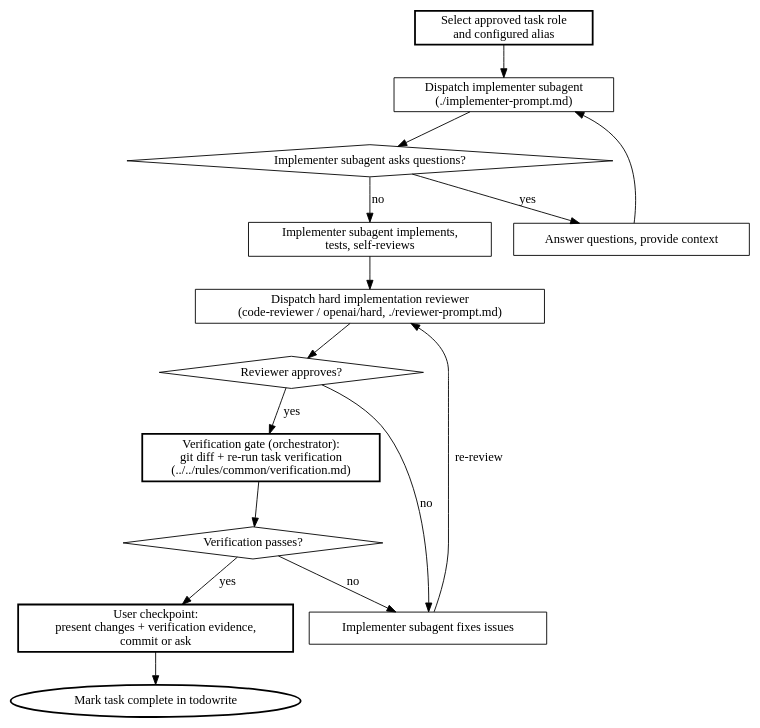
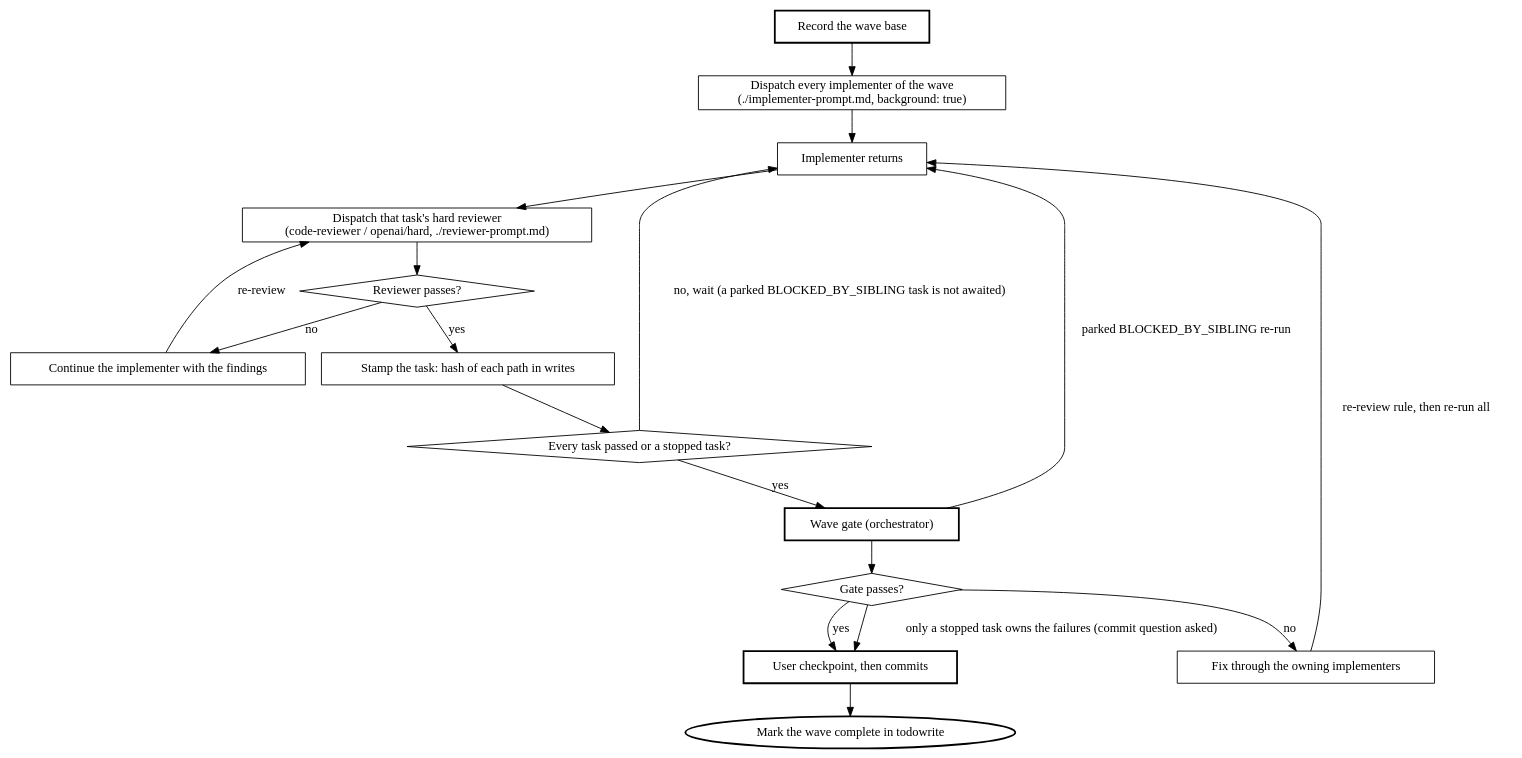
The diagram in .opencode/skills/subagent-driven-development/SKILL.md (jmrona/.dot), drawn with Graphviz before and after one commit. The commit also changed other lines of this file and 9 other files, not shown here.

First line of the commit message:
feat(opencode): run independent implementation tasks in parallel waves

````diff
--- a/.opencode/skills/subagent-driven-development/SKILL.md
+++ b/.opencode/skills/subagent-driven-development/SKILL.md
@@ -94,33 +115,37 @@
 ```dot
-digraph per_task_pipeline {
+digraph per_wave_pipeline {
     rankdir=TB;
 
-    "Select approved task role\nand configured alias" [shape=box, style=bold];
-    "Dispatch implementer subagent\n(./implementer-prompt.md)" [shape=box];
-    "Implementer subagent asks questions?" [shape=diamond];
-    "Answer questions, provide context" [shape=box];
-    "Implementer subagent implements,\ntests, self-reviews" [shape=box];
-    "Dispatch hard implementation reviewer\n(code-reviewer / openai/hard, ./reviewer-prompt.md)" [shape=box];
-    "Reviewer approves?" [shape=diamond];
-    "Implementer subagent fixes issues" [shape=box];
-    "Verification gate (orchestrator):\ngit diff + re-run task verification\n(../../rules/common/verification.md)" [shape=box, style=bold];
-    "Verification passes?" [shape=diamond];
-    "User checkpoint:\npresent changes + verification evidence,\ncommit or ask" [shape=box, style=bold];
-    "Mark task complete in todowrite" [style=bold];
+    "Record the wave base" [shape=box, style=bold];
+    "Dispatch every implementer of the wave\n(./implementer-prompt.md, background: true)" [shape=box];
+    "Implementer returns" [shape=box];
+    "Dispatch that task's hard reviewer\n(code-reviewer / openai/hard, ./reviewer-prompt.md)" [shape=box];
+    "Reviewer passes?" [shape=diamond];
+    "Continue the implementer with the findings" [shape=box];
+    "Stamp the task: hash of each path in writes" [shape=box];
+    "Every task passed or a stopped task?" [shape=diamond];
+    "Wave gate (orchestrator)" [shape=box, style=bold];
+    "Gate passes?" [shape=diamond];
+    "Fix through the owning implementers" [shape=box];
+    "User checkpoint, then commits" [shape=box, style=bold];
+    "Mark the wave complete in todowrite" [style=bold];
 
-    "Select approved task role\nand configured alias" -> "Dispatch implementer subagent\n(./implementer-prompt.md)";
-    "Dispatch implementer subagent\n(./implementer-prompt.md)" -> "Implementer subagent asks questions?";
-    "Implementer subagent asks questions?" -> "Answer questions, provide context" [label="yes"];
-    "Answer questions, provide context" -> "Dispatch implementer subagent\n(./implementer-prompt.md)";
-    "Implementer subagent asks questions?" -> "Implementer subagent implements,\ntests, self-reviews" [label="no"];
-    "Implementer subagent implements,\ntests, self-reviews" -> "Dispatch hard implementation reviewer\n(code-reviewer / openai/hard, ./reviewer-prompt.md)";
-    "Dispatch hard implementation reviewer\n(code-reviewer / openai/hard, ./reviewer-prompt.md)" -> "Reviewer approves?";
-    "Reviewer approves?" -> "Implementer subagent fixes issues" [label="no"];
-    "Implementer subagent fixes issues" -> "Dispatch hard implementation reviewer\n(code-reviewer / openai/hard, ./reviewer-prompt.md)" [label="re-review"];
-    "Reviewer approves?" -> "Verification gate (orchestrator):\ngit diff + re-run task verification\n(../../rules/common/verification.md)" [label="yes"];
-    "Verification gate (orchestrator):\ngit diff + re-run task verification\n(../../rules/common/verification.md)" -> "Verification passes?";
-    "Verification passes?" -> "Implementer subagent fixes issues" [label="no"];
-    "Verification passes?" -> "User checkpoint:\npresent changes + verification evidence,\ncommit or ask" [label="yes"];
-    "User checkpoint:\npresent changes + verification evidence,\ncommit or ask" -> "Mark task complete in todowrite";
+    "Record the wave base" -> "Dispatch every implementer of the wave\n(./implementer-prompt.md, background: true)";
+    "Dispatch every implementer of the wave\n(./implementer-prompt.md, background: true)" -> "Implementer returns";
+    "Implementer returns" -> "Dispatch that task's hard reviewer\n(code-reviewer / openai/hard, ./reviewer-prompt.md)";
+    "Dispatch that task's hard reviewer\n(code-reviewer / openai/hard, ./reviewer-prompt.md)" -> "Reviewer passes?";
+    "Reviewer passes?" -> "Continue the implementer with the findings" [label="no"];
+    "Continue the implementer with the findings" -> "Dispatch that task's hard reviewer\n(code-reviewer / openai/hard, ./reviewer-prompt.md)" [label="re-review"];
+    "Reviewer passes?" -> "Stamp the task: hash of each path in writes" [label="yes"];
+    "Stamp the task: hash of each path in writes" -> "Every task passed or a stopped task?";
+    "Every task passed or a stopped task?" -> "Implementer returns" [label="no, wait (a parked BLOCKED_BY_SIBLING task is not awaited)"];
+    "Every task passed or a stopped task?" -> "Wave gate (orchestrator)" [label="yes"];
+    "Wave gate (orchestrator)" -> "Gate passes?";
+    "Gate passes?" -> "Fix through the owning implementers" [label="no"];
+    "Fix through the owning implementers" -> "Implementer returns" [label="re-review rule, then re-run all"];
+    "Wave gate (orchestrator)" -> "Implementer returns" [label="parked BLOCKED_BY_SIBLING re-run"];
+    "Gate passes?" -> "User checkpoint, then commits" [label="yes"];
+    "Gate passes?" -> "User checkpoint, then commits" [label="only a stopped task owns the failures (commit question asked)"];
+    "User checkpoint, then commits" -> "Mark the wave complete in todowrite";
 }
 ```
````
